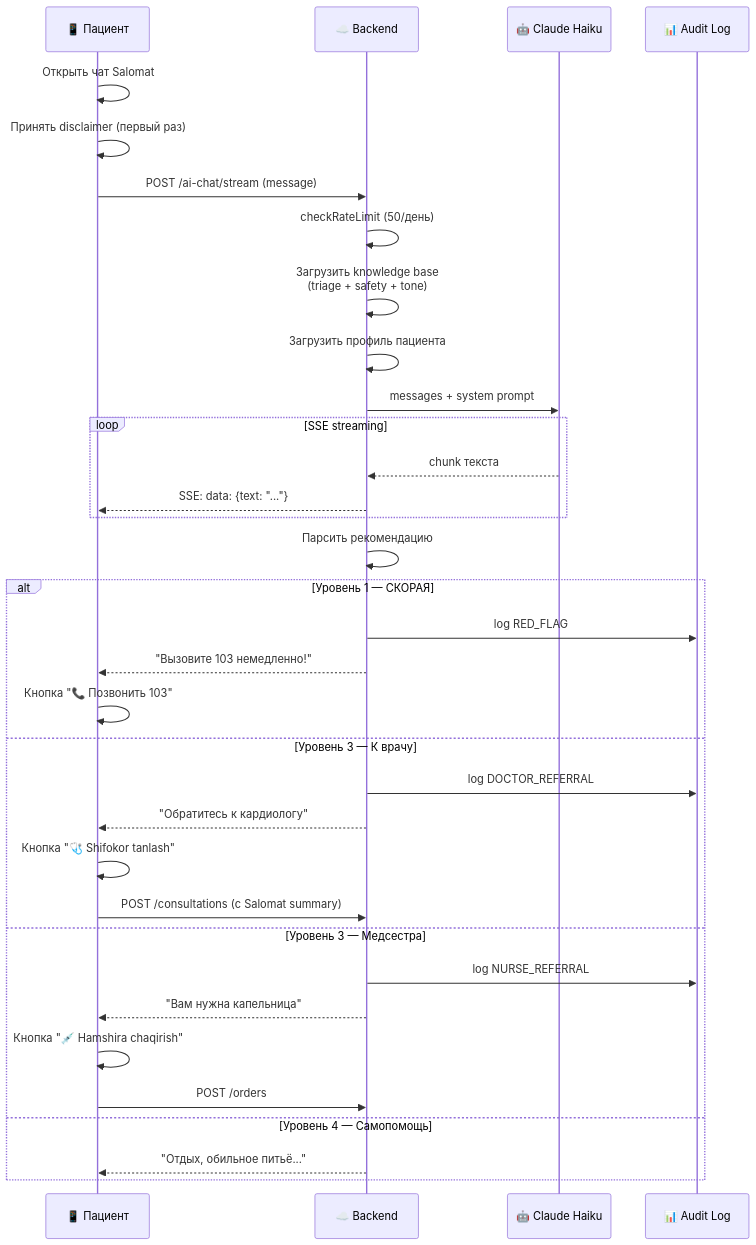
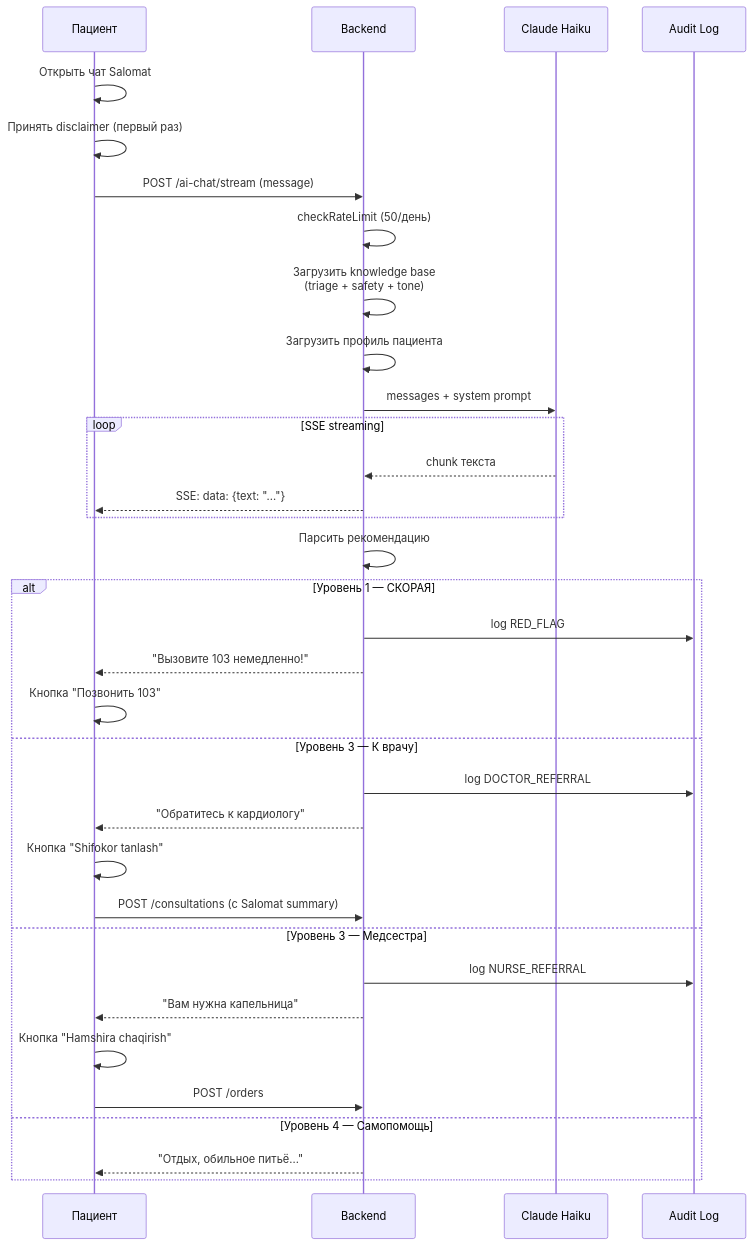
One commit to abubakirilhomov/hamshiraGo changed the third of 10 diagrams in docs/SYSTEM_FLOW.md. Above: the diagram before and after it, drawn with Mermaid. The commit also changed other lines of this file and 1 other file, not shown here.

First line of the commit message:
fix(docs): remove emoji + fix quotes in Mermaid diagrams

````diff
--- a/docs/SYSTEM_FLOW.md
+++ b/docs/SYSTEM_FLOW.md
@@ -102,41 +102,41 @@
 ```mermaid
 sequenceDiagram
-    participant P as 📱 Пациент
-    participant API as ☁️ Backend
-    participant AI as 🤖 Claude Haiku
-    participant AUD as 📊 Audit Log
+    participant P as Пациент
+    participant API as Backend
+    participant AI as Claude Haiku
+    participant AUD as Audit Log
 
     P->>P: Открыть чат Salomat
     P->>P: Принять disclaimer (первый раз)
     
     P->>API: POST /ai-chat/stream (message)
     API->>API: checkRateLimit (50/день)
     API->>API: Загрузить knowledge base<br/>(triage + safety + tone)
     API->>API: Загрузить профиль пациента
     API->>AI: messages + system prompt
     
     loop SSE streaming
         AI-->>API: chunk текста
         API-->>P: SSE: data: {text: "..."}
     end
     
     API->>API: Парсить рекомендацию
     
     alt Уровень 1 — СКОРАЯ
         API->>AUD: log RED_FLAG
         API-->>P: "Вызовите 103 немедленно!"
-        P->>P: Кнопка "📞 Позвонить 103"
+        P->>P: Кнопка "Позвонить 103"
     else Уровень 3 — К врачу
         API->>AUD: log DOCTOR_REFERRAL
         API-->>P: "Обратитесь к кардиологу"
-        P->>P: Кнопка "🩺 Shifokor tanlash"
+        P->>P: Кнопка "Shifokor tanlash"
         P->>API: POST /consultations (с Salomat summary)
     else Уровень 3 — Медсестра
         API->>AUD: log NURSE_REFERRAL
         API-->>P: "Вам нужна капельница"
-        P->>P: Кнопка "💉 Hamshira chaqirish"
+        P->>P: Кнопка "Hamshira chaqirish"
         P->>API: POST /orders
     else Уровень 4 — Самопомощь
         API-->>P: "Отдых, обильное питьё..."
     end
 ```
````
